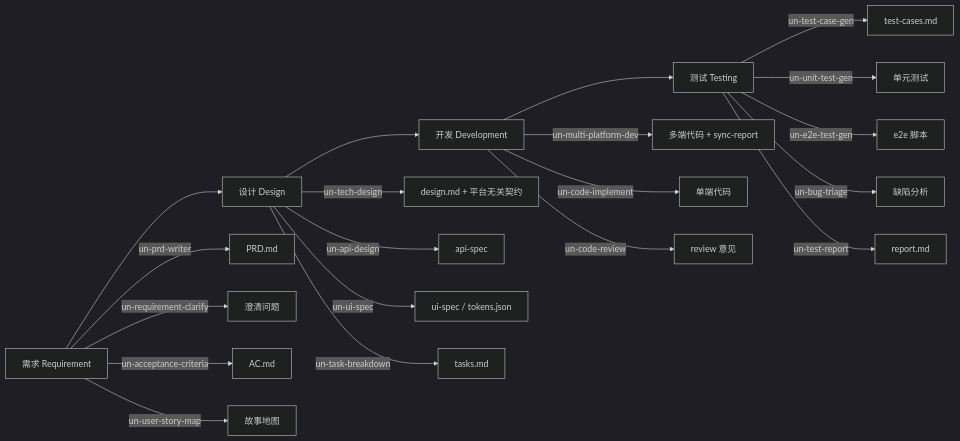
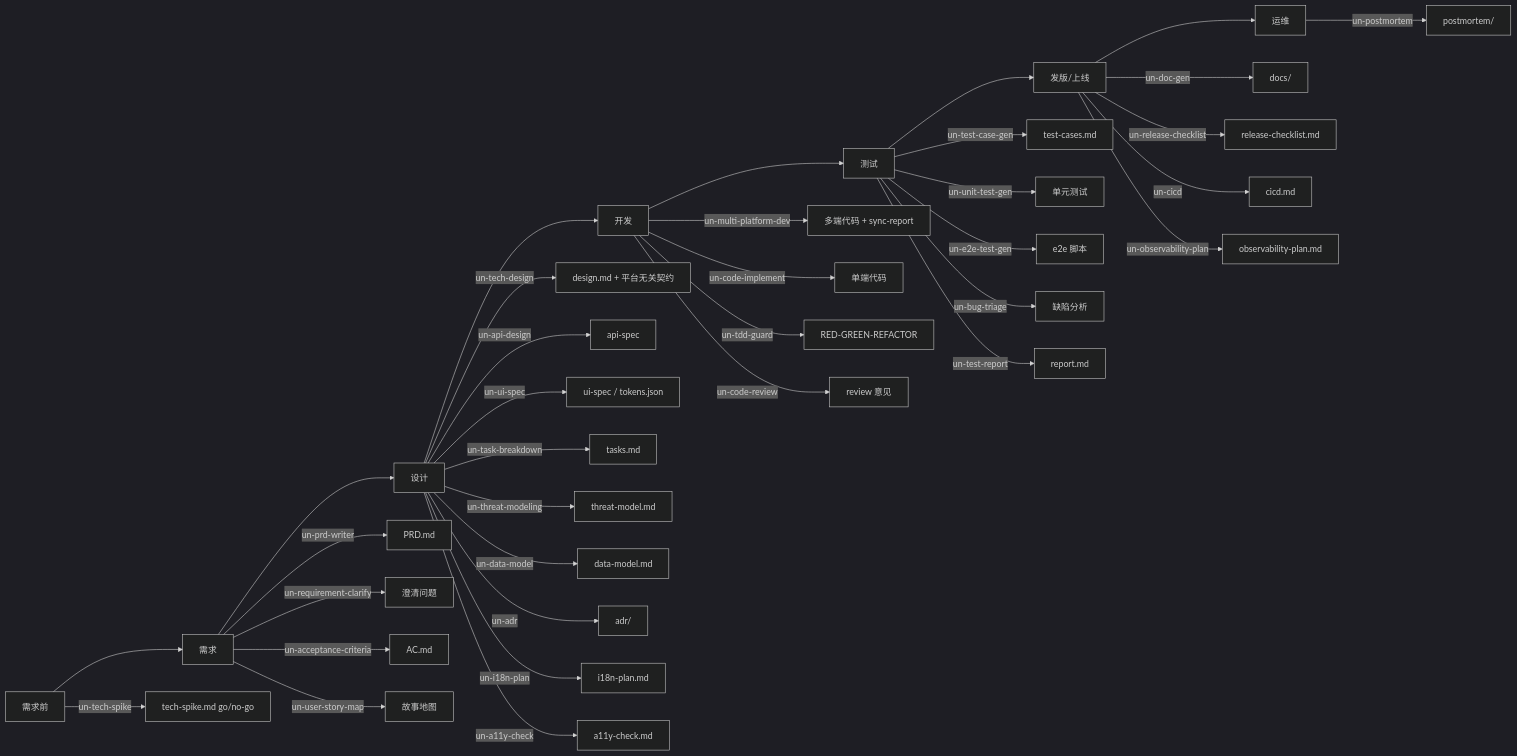
The diagram in README.md (Hardercoder/skills), drawn with Mermaid (dark theme) before and after one commit. The commit also changed other lines of this file and 33 other files, not shown here.

First line of the commit message:
feat: expand sdlc-flow with 17 new skills (discipline layer + missing stages) and 10 templates

````diff
--- a/README.md
+++ b/README.md
@@ -49,20 +49,32 @@
 ```mermaid
 flowchart LR
-  R[需求 Requirement] --> D[设计 Design] --> V[开发 Development] --> T[测试 Testing]
+  S[需求前] --> R[需求] --> D[设计] --> V[开发] --> T[测试] --> P[发版/上线] --> O[运维]
+  S -->|un-tech-spike| SPIKE[tech-spike.md go/no-go]
   R -->|un-prd-writer| PRD[PRD.md]
   R -->|un-requirement-clarify| CLR[澄清问题]
   R -->|un-acceptance-criteria| AC[AC.md]
   R -->|un-user-story-map| USM[故事地图]
   D -->|un-tech-design| DES[design.md + 平台无关契约]
   D -->|un-api-design| API[api-spec]
   D -->|un-ui-spec| UI[ui-spec / tokens.json]
   D -->|un-task-breakdown| TASK[tasks.md]
+  D -->|un-threat-modeling| TM[threat-model.md]
+  D -->|un-data-model| DM[data-model.md]
+  D -->|un-adr| ADR[adr/]
+  D -->|un-i18n-plan| I18N[i18n-plan.md]
+  D -->|un-a11y-check| A11Y[a11y-check.md]
   V -->|un-multi-platform-dev| CODE[多端代码 + sync-report]
   V -->|un-code-implement| CODE2[单端代码]
+  V -->|un-tdd-guard| TDD[RED-GREEN-REFACTOR]
   V -->|un-code-review| REV[review 意见]
   T -->|un-test-case-gen| TC[test-cases.md]
   T -->|un-unit-test-gen| UT[单元测试]
   T -->|un-e2e-test-gen| E2E[e2e 脚本]
   T -->|un-bug-triage| BUG[缺陷分析]
   T -->|un-test-report| REP[report.md]
+  P -->|un-doc-gen| DOC[docs/]
+  P -->|un-release-checklist| REL[release-checklist.md]
+  P -->|un-cicd| CI[cicd.md]
+  P -->|un-observability-plan| OBS[observability-plan.md]
+  O -->|un-postmortem| PM[postmortem/]
 ```
````
